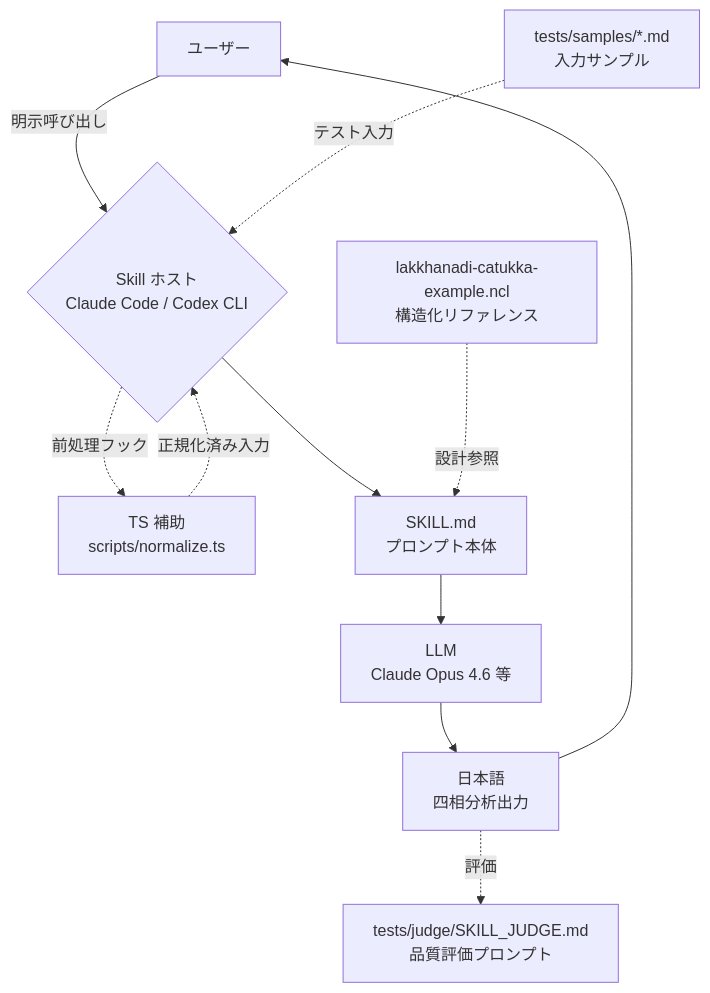
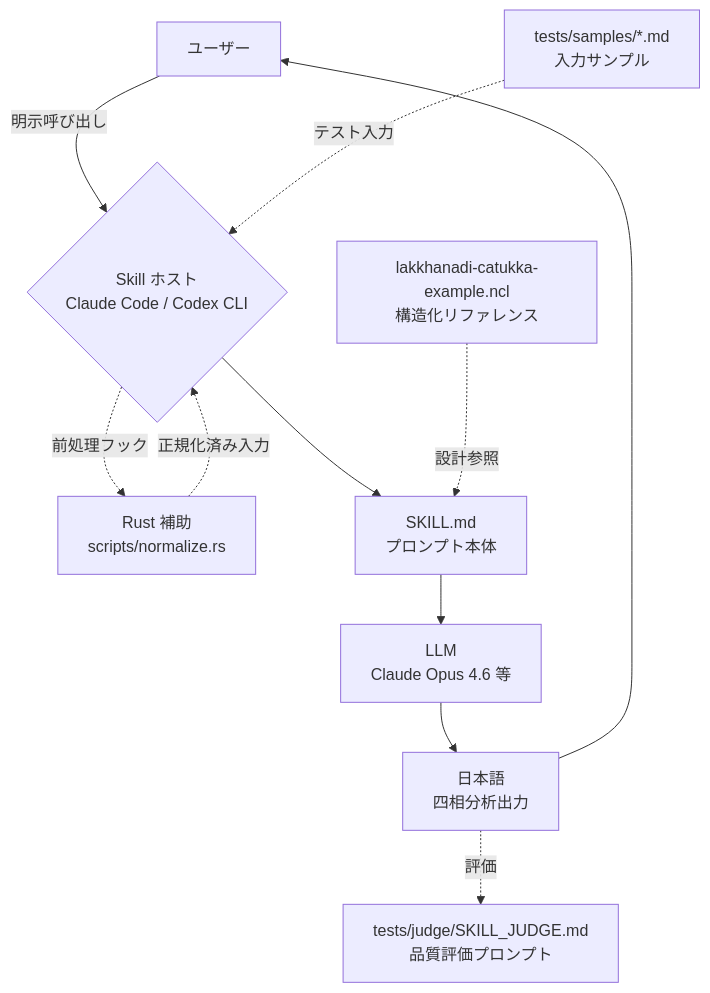
One commit to seiei-sogen/lakkhanadi-catukka-analytics changed the diagram in docs/design/lakkhanadi-catukka-analytics-requirements/architecture.md. Above: the diagram before and after it, drawn with Mermaid. The commit also changed other lines of this file and 30 other files, not shown here.

````diff
--- a/docs/design/lakkhanadi-catukka-analytics-requirements/architecture.md
+++ b/docs/design/lakkhanadi-catukka-analytics-requirements/architecture.md
@@ -91,25 +91,25 @@
 ```mermaid
 graph TB
     User[ユーザー]
     Host{Skill ホスト<br/>Claude Code / Codex CLI}
-    PreProc[TS 補助<br/>scripts/normalize.ts]
+    PreProc[Rust 補助<br/>scripts/normalize.rs]
     Skill[SKILL.md<br/>プロンプト本体]
     LLM[LLM<br/>Claude Opus 4.6 等]
     Output[日本語<br/>四相分析出力]
 
     Reference[lakkhanadi-catukka-example.ncl<br/>構造化リファレンス]
     Judge[tests/judge/SKILL_JUDGE.md<br/>品質評価プロンプト]
     Samples[tests/samples/*.md<br/>入力サンプル]
 
     User -->|明示呼び出し| Host
     Host -.前処理フック.-> PreProc
     PreProc -.正規化済み入力.-> Host
     Host --> Skill
     Skill --> LLM
     LLM --> Output
     Output --> User
 
     Reference -.設計参照.-> Skill
     Samples -.テスト入力.-> Host
     Output -.評価.-> Judge
 ```
````
